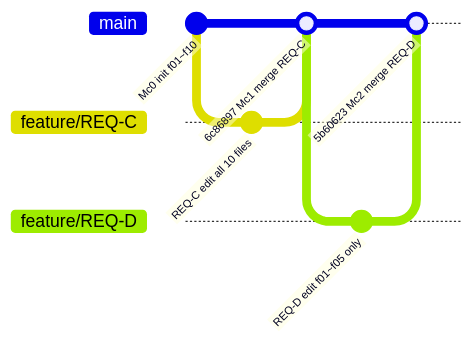
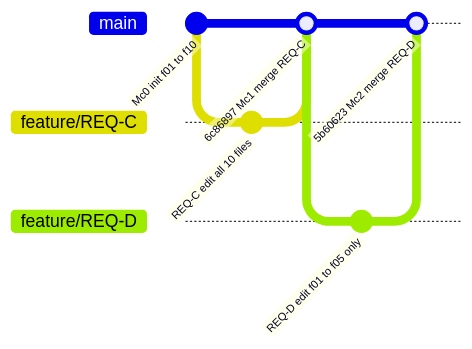
One commit to colaman7014/gh_compare changed diagram 12 of 12 in branch-model-comparison.md. Above: the diagram before and after it, drawn with Mermaid. The commit also changed other lines of this file, not shown here.

````diff
--- a/branch-model-comparison.md
+++ b/branch-model-comparison.md
@@ -354,14 +354,14 @@
 ```mermaid
 gitGraph
-  commit id: "Mc0 init f01~f10"
+  commit id: "Mc0 init f01 to f10"
   branch feature/REQ-C
   checkout feature/REQ-C
   commit id: "REQ-C edit all 10 files"
   checkout main
   merge feature/REQ-C id: "6c86897 Mc1 merge REQ-C"
   branch feature/REQ-D
   checkout feature/REQ-D
-  commit id: "REQ-D edit f01~f05 only"
+  commit id: "REQ-D edit f01 to f05 only"
   checkout main
   merge feature/REQ-D id: "5b60623 Mc2 merge REQ-D"
 ```
````
